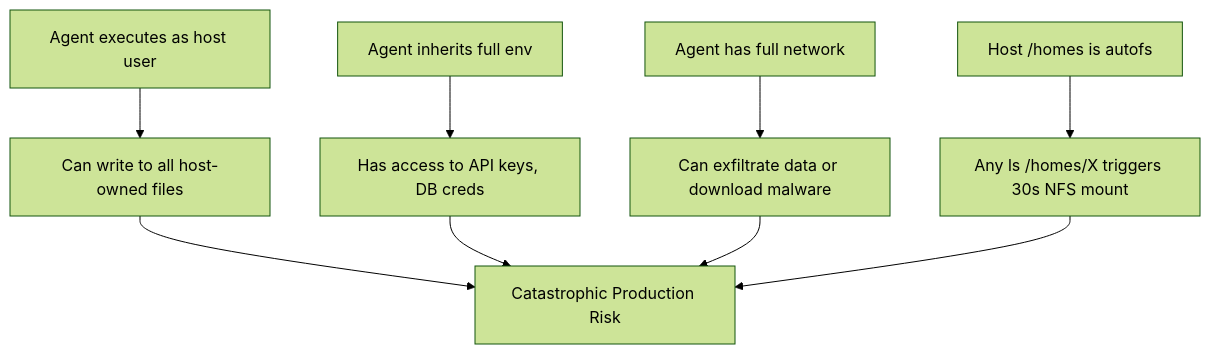
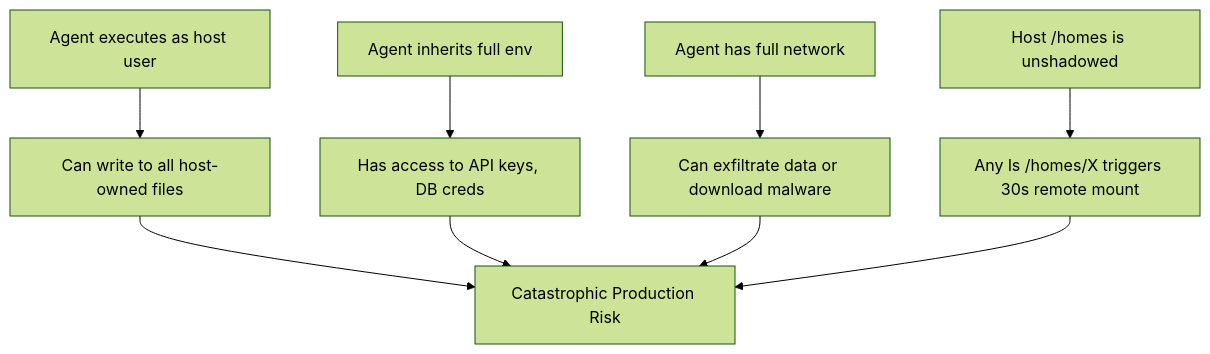
One commit to hanasaki/hanaden-bwrap-enhanced changed the diagram in PROJECT_HOME/docs/architecture-design-features-specs/BwrapEnhanced2026.strat/UncontainedAgentExecution.driv/20260816-182145-UncontainedAgentExecution.driv-0.0.1.md. Above: the diagram before and after it, drawn with Mermaid (forest theme). The commit also changed other lines of this file and 63 other files, not shown here.

````diff
--- a/PROJECT_HOME/docs/architecture-design-features-specs/BwrapEnhanced2026.strat/UncontainedAgentExecution.driv/20260816-182145-UncontainedAgentExecution.driv-0.0.1.md
+++ b/PROJECT_HOME/docs/architecture-design-features-specs/BwrapEnhanced2026.strat/UncontainedAgentExecution.driv/20260816-182145-UncontainedAgentExecution.driv-0.0.1.md
@@ -29,8 +29,8 @@
 ```mermaid
 graph TD
     RC1[Agent executes as host user] --> E1[Can write to all host-owned files]
     RC2[Agent inherits full env] --> E2[Has access to API keys, DB creds]
     RC3[Agent has full network] --> E3[Can exfiltrate data or download malware]
-    RC4[Host /homes is autofs] --> E4[Any ls /homes/X triggers 30s NFS mount]
+    RC4[Host /homes is unshadowed] --> E4[Any ls /homes/X triggers 30s remote mount]
     E1 & E2 & E3 & E4 --> RISK[Catastrophic Production Risk]
 ```
````
